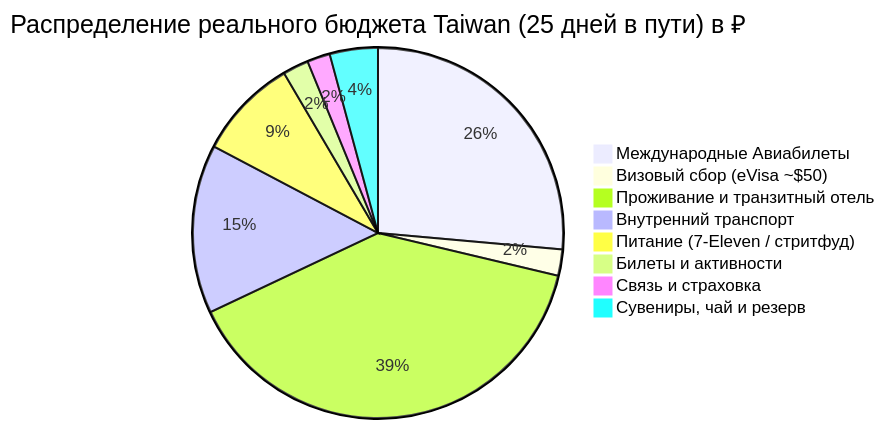
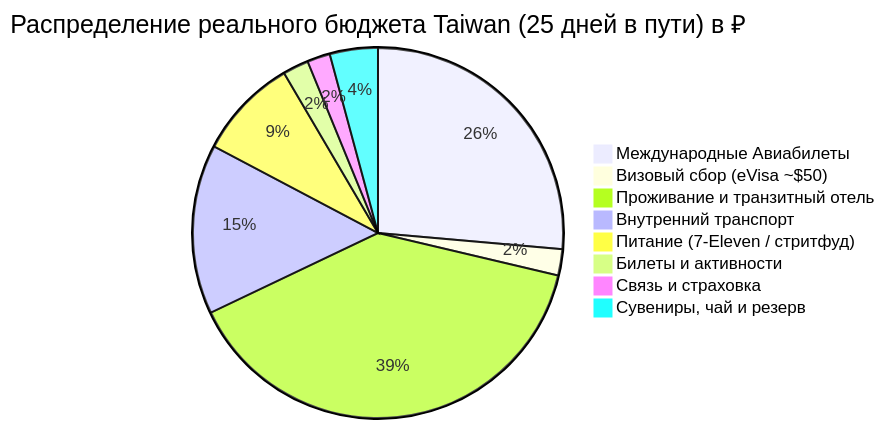
The diagram in Personal Note/Travel/-- Taiwan/04 - Финансы/Финансы.md (injurka/obsidian-mark), drawn with Mermaid before and after one commit. The commit also changed other lines of this file and 16 other files, not shown here.

````diff
--- a/Personal Note/Travel/-- Taiwan/04 - Финансы/Финансы.md
+++ b/Personal Note/Travel/-- Taiwan/04 - Финансы/Финансы.md
@@ -13,11 +13,11 @@
 ```mermaid
 pie title Распределение реального бюджета Taiwan (25 дней в пути) в ₽
     "Международные Авиабилеты" : 55412
     "Визовый сбор (eVisa ~$50)" : 4800
     "Проживание и транзитный отель" : 82357
-    "Внутренний транспорт" : 30925
+    "Внутренний транспорт" : 31075
     "Питание (7-Eleven / стритфуд)" : 18500
     "Билеты и активности" : 4740
     "Связь и страховка" : 4200
     "Сувениры, чай и резерв" : 8800
 ```
````
